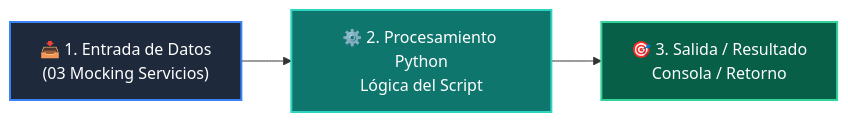
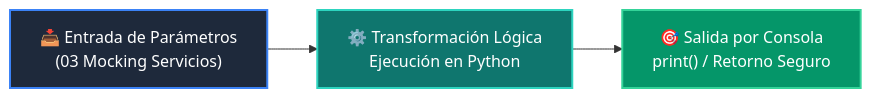
One commit to wisrovi/wisrovi-python changed the diagram in 04-proyecto-final/clase-06-testing-y-calidad/ejemplos/ejemplo_03_mocking_servicios/README.md. Above: the diagram before and after it, drawn with Mermaid. The commit also changed other lines of this file and 226 other files, not shown here.

Commit message:
docs: elevate all repository READMEs to world-class mastery standard with rich pedagogical architecture, custom Mermaids, and professional styling

````diff
--- a/04-proyecto-final/clase-06-testing-y-calidad/ejemplos/ejemplo_03_mocking_servicios/README.md
+++ b/04-proyecto-final/clase-06-testing-y-calidad/ejemplos/ejemplo_03_mocking_servicios/README.md
@@ -12,9 +19,9 @@
 ```mermaid
 flowchart LR
-    A["📥 1. Entrada de Datos<br/>(03 Mocking Servicios)"] --> B["⚙️ 2. Procesamiento Python<br/>Lógica del Script"]
-    B --> C["🎯 3. Salida / Resultado<br/>Consola / Retorno"]
+    A["📥 Entrada de Parámetros<br/>(03 Mocking Servicios)"] --> B["⚙️ Transformación Lógica<br/>Ejecución en Python"]
+    B --> C["🎯 Salida por Consola<br/>print() / Retorno Seguro"]
 
-    style A fill:#1e293b,color:#fff,stroke:#3b82f6,stroke-width:2px
-    style B fill:#0f766e,color:#fff,stroke:#2dd4bf,stroke-width:2px
-    style C fill:#065f46,color:#fff,stroke:#34d399,stroke-width:2px
+    style A fill:#1e293b,color:#ffffff,stroke:#3b82f6,stroke-width:2px
+    style B fill:#0f766e,color:#ffffff,stroke:#2dd4bf,stroke-width:2px
+    style C fill:#059669,color:#ffffff,stroke:#34d399,stroke-width:2px
 ```
````
